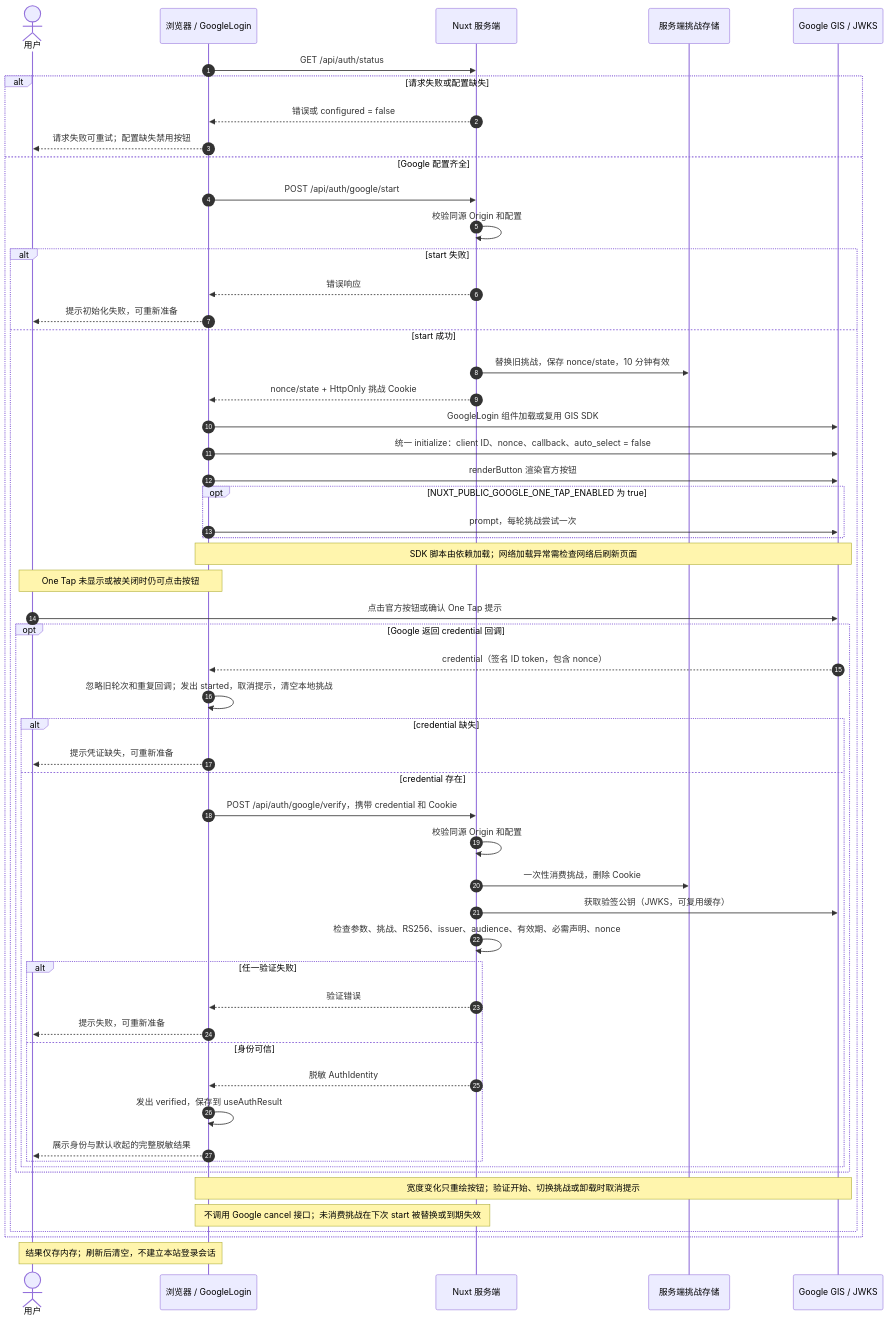
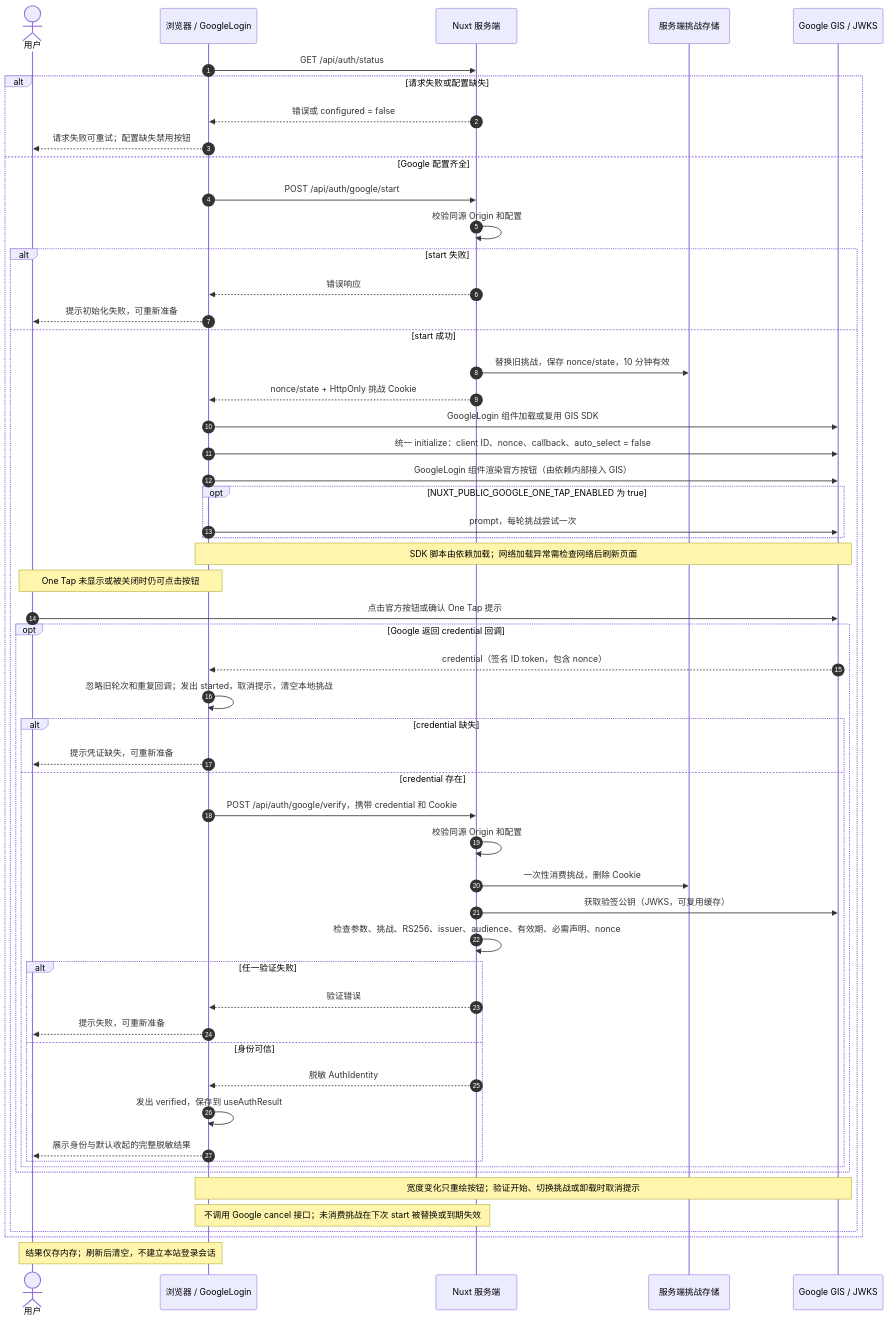
Before and after one commit to ca091/tripartite-login: the second of 3 diagrams in docs/auth/google.md, drawn with Mermaid. The commit also changed other lines of this file and 2 other files, not shown here.

````diff
--- a/docs/auth/google.md
+++ b/docs/auth/google.md
@@ -106,58 +106,58 @@
 ```mermaid
 sequenceDiagram
     autonumber
     actor U as 用户
     participant B as 浏览器 / GoogleLogin
     participant S as Nuxt 服务端
     participant M as 服务端挑战存储
     participant G as Google GIS / JWKS
 
     B->>S: GET /api/auth/status
     alt 请求失败或配置缺失
         S-->>B: 错误或 configured = false
         B-->>U: 请求失败可重试；配置缺失禁用按钮
     else Google 配置齐全
         B->>S: POST /api/auth/google/start
         S->>S: 校验同源 Origin 和配置
         alt start 失败
             S-->>B: 错误响应
             B-->>U: 提示初始化失败，可重新准备
         else start 成功
             S->>M: 替换旧挑战，保存 nonce/state，10 分钟有效
             S-->>B: nonce/state + HttpOnly 挑战 Cookie
             B->>G: GoogleLogin 组件加载或复用 GIS SDK
             B->>G: 统一 initialize：client ID、nonce、callback、auto_select = false
-            B->>G: renderButton 渲染官方按钮
+            B->>G: GoogleLogin 组件渲染官方按钮（由依赖内部接入 GIS）
             opt NUXT_PUBLIC_GOOGLE_ONE_TAP_ENABLED 为 true
                 B->>G: prompt，每轮挑战尝试一次
             end
             Note over B,G: SDK 脚本由依赖加载；网络加载异常需检查网络后刷新页面
             Note over U,B: One Tap 未显示或被关闭时仍可点击按钮
             U->>G: 点击官方按钮或确认 One Tap 提示
             opt Google 返回 credential 回调
                 G-->>B: credential（签名 ID token，包含 nonce）
                 B->>B: 忽略旧轮次和重复回调；发出 started，取消提示，清空本地挑战
                 alt credential 缺失
                     B-->>U: 提示凭证缺失，可重新准备
                 else credential 存在
                     B->>S: POST /api/auth/google/verify，携带 credential 和 Cookie
                     S->>S: 校验同源 Origin 和配置
                     S->>M: 一次性消费挑战，删除 Cookie
                     S->>G: 获取验签公钥（JWKS，可复用缓存）
                     S->>S: 检查参数、挑战、RS256、issuer、audience、有效期、必需声明、nonce
                     alt 任一验证失败
                         S-->>B: 验证错误
                         B-->>U: 提示失败，可重新准备
                     else 身份可信
                         S-->>B: 脱敏 AuthIdentity
                         B->>B: 发出 verified，保存到 useAuthResult
                         B-->>U: 展示身份与默认收起的完整脱敏结果
                     end
                 end
             end
             Note over B,G: 宽度变化只重绘按钮；验证开始、切换挑战或卸载时取消提示
             Note over B,S: 不调用 Google cancel 接口；未消费挑战在下次 start 被替换或到期失效
         end
     end
     Note over U,B: 结果仅存内存；刷新后清空，不建立本站登录会话
 ```
````
